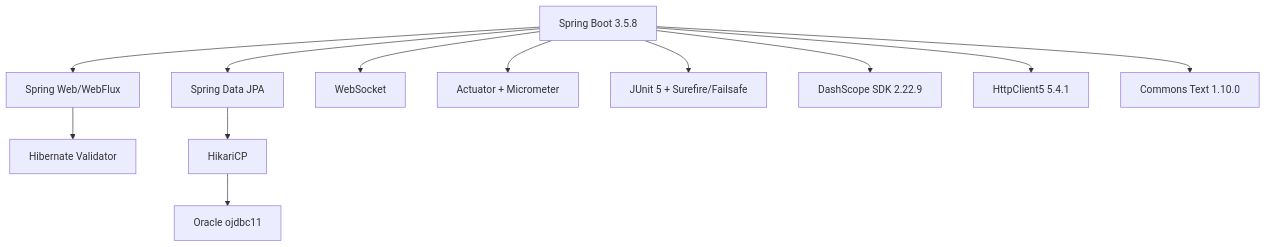
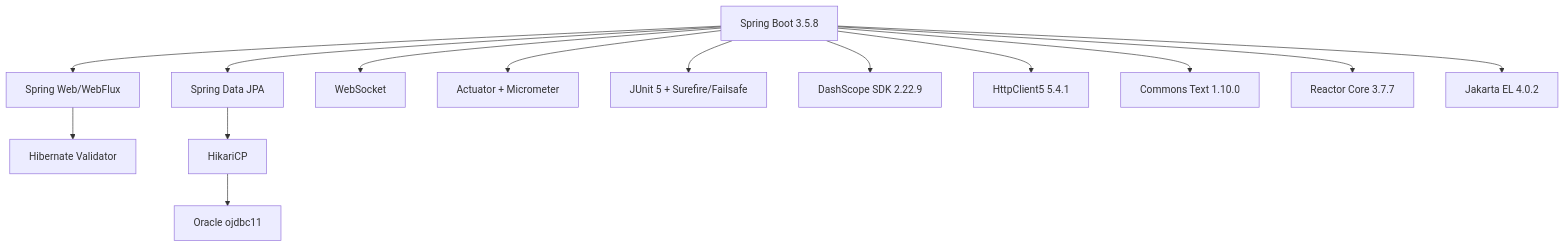
One commit to liuzh2008/med_ai_assistant_workspace changed the ninth of 9 diagrams in .qoder/repowiki/zh/content/项目概述.md. Above: the diagram before and after it, drawn with Mermaid. The commit also changed other lines of this file and 7 other files, not shown here.

````diff
--- a/.qoder/repowiki/zh/content/项目概述.md
+++ b/.qoder/repowiki/zh/content/项目概述.md
@@ -320,14 +468,16 @@
 ```mermaid
 graph TB
 SB["Spring Boot 3.5.8"] --> JPA["Spring Data JPA"]
 SB --> WEB["Spring Web/WebFlux"]
 SB --> WS["WebSocket"]
 SB --> ACT["Actuator + Micrometer"]
 WEB --> VALID["Hibernate Validator"]
 JPA --> HIK["HikariCP"]
 HIK --> ORA["Oracle ojdbc11"]
 SB --> TEST["JUnit 5 + Surefire/Failsafe"]
 SB --> DASH["DashScope SDK 2.22.9"]
 SB --> HC["HttpClient5 5.4.1"]
 SB --> CT["Commons Text 1.10.0"]
+SB --> RC["Reactor Core 3.7.7"]
+SB --> JEL["Jakarta EL 4.0.2"]
 ```
````
